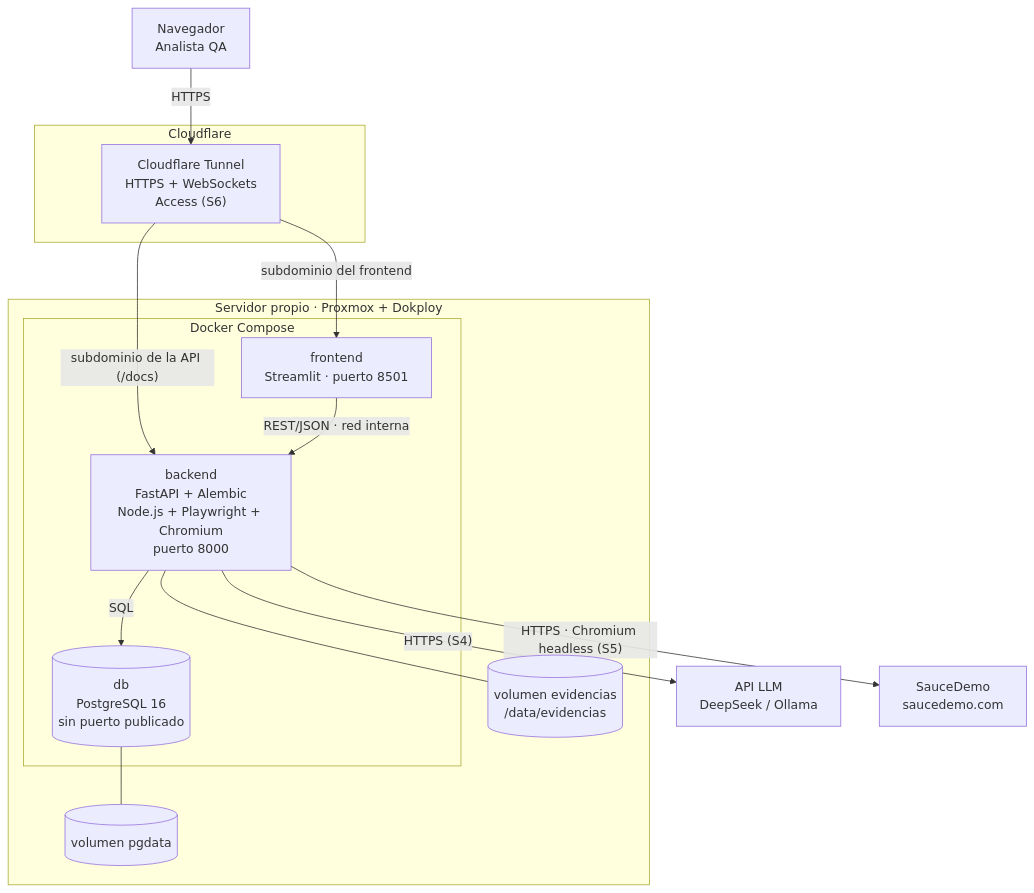
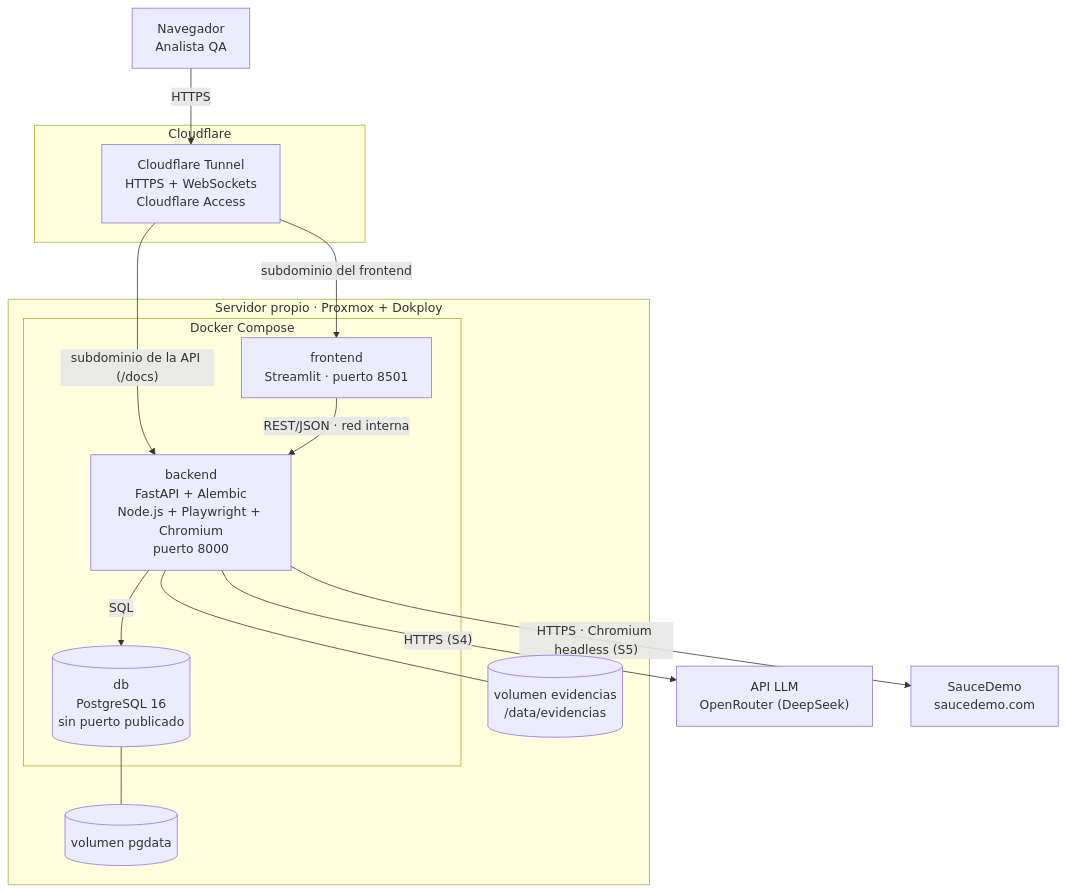
One commit to odremano/QACopilot changed the diagram in docs/uml/despliegue.md. Above: the diagram before and after it, drawn with Mermaid. The commit also changed 4 other files, not shown here.

First line of the commit message:
docs: bitácora S4, diagrama de secuencia de la generación y README actualizado

````diff
--- a/docs/uml/despliegue.md
+++ b/docs/uml/despliegue.md
@@ -5,31 +5,31 @@
 ```mermaid
 flowchart TB
     nav["Navegador<br/>Analista QA"]
 
     subgraph cloudflare["Cloudflare"]
-        tunel["Cloudflare Tunnel<br/>HTTPS + WebSockets<br/>Access (S6)"]
+        tunel["Cloudflare Tunnel<br/>HTTPS + WebSockets<br/>Cloudflare Access"]
     end
 
     subgraph servidor["Servidor propio · Proxmox + Dokploy"]
         subgraph compose["Docker Compose"]
             fe["frontend<br/>Streamlit · puerto 8501"]
             be["backend<br/>FastAPI + Alembic<br/>Node.js + Playwright + Chromium<br/>puerto 8000"]
             db[("db<br/>PostgreSQL 16<br/>sin puerto publicado")]
         end
         pgdata[("volumen pgdata")]
         evidencias[("volumen evidencias<br/>/data/evidencias")]
     end
 
-    llm["API LLM<br/>DeepSeek / Ollama"]
+    llm["API LLM<br/>OpenRouter (DeepSeek)"]
     sut["SauceDemo<br/>saucedemo.com"]
 
     nav -->|HTTPS| tunel
     tunel -->|"subdominio del frontend"| fe
     tunel -->|"subdominio de la API (/docs)"| be
     fe -->|"REST/JSON · red interna"| be
     be -->|SQL| db
     db --- pgdata
     be --- evidencias
     be -->|"HTTPS (S4)"| llm
     be -->|"HTTPS · Chromium headless (S5)"| sut
 ```
````
